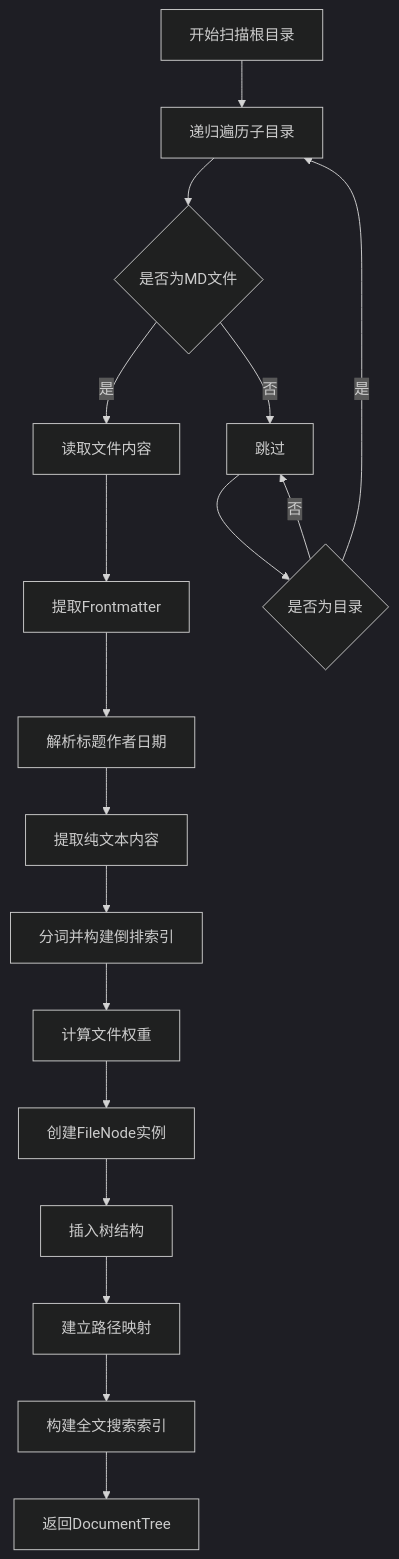
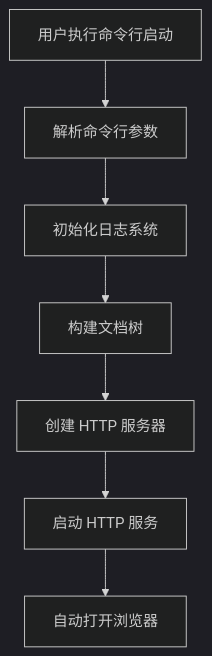
Before and after one commit to sopaco/litho-book: the first of 6 diagrams in docs/3、工作流程.md, drawn with Mermaid (dark theme). The commit also changed other lines of this file and 16 other files, not shown here.

````diff
--- a/docs/3、工作流程.md
+++ b/docs/3、工作流程.md
@@ -23,20 +10,9 @@
 ```mermaid
 graph TD
-    A[开始扫描根目录] --> B[递归遍历子目录]
-    B --> C{是否为MD文件}
-    C -- "是" --> D[读取文件内容]
-    D --> E[提取Frontmatter]
-    E --> F[解析标题作者日期]
-    F --> G[提取纯文本内容]
-    G --> H[分词并构建倒排索引]
-    H --> I[计算文件权重]
-    I --> J[创建FileNode实例]
-    J --> K[插入树结构]
-    K --> L[建立路径映射]
-    C -- "否" --> M[跳过]
-    M --> N{是否为目录}
-    N -- "是" --> B
-    N -- "否" --> M
-    L --> O[构建全文搜索索引]
-    O --> P[返回DocumentTree]
+    A[用户执行命令行启动] --> B[解析命令行参数]
+    B --> C[初始化日志系统]
+    C --> D[构建文档树]
+    D --> E[创建 HTTP 服务器]
+    E --> F[启动 HTTP 服务]
+    F --> G[自动打开浏览器]
 ```
````
